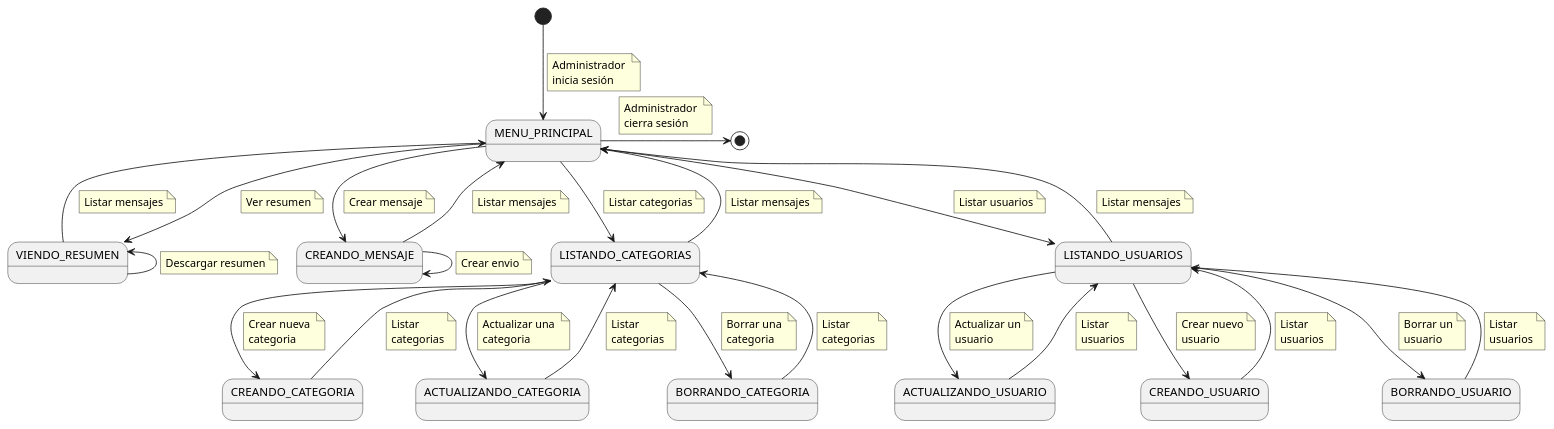
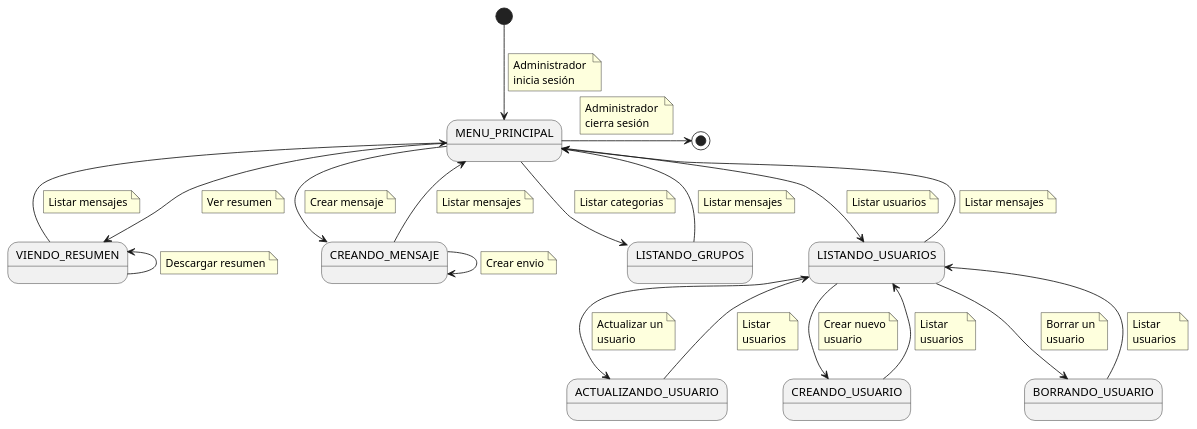
The diagram in docs/casosDeUso/diagramaDeContexto/DiagramaDeContextoAdministrador/diagramaContextoAdministrador.puml (mmasias/24-25-IdSw1-SDR), drawn with PlantUML before and after one commit.

Commit message:
Ajustar el diagrama de contexto del admin para limpiarlo

```diff
--- a/docs/casosDeUso/diagramaDeContexto/DiagramaDeContextoAdministrador/diagramaContextoAdministrador.puml
+++ b/docs/casosDeUso/diagramaDeContexto/DiagramaDeContextoAdministrador/diagramaContextoAdministrador.puml
@@ -1,147 +1,108 @@
 @startuml
 state "MENU_PRINCIPAL" as MenuPrincipal
 state "CREANDO_MENSAJE" as CreandoMensaje
 state "VIENDO_RESUMEN" as ViendoResumen
-state "LISTANDO_CATEGORIAS" as Categorias
-state "CREANDO_CATEGORIA" as CreandoCategoria
-state "ACTUALIZANDO_CATEGORIA" as ActualizandoCategoria
-state "BORRANDO_CATEGORIA" as BorrandoCategoria
+state "LISTANDO_GRUPOS" as Grupos
 state "LISTANDO_USUARIOS" as Usuarios
 state "ACTUALIZANDO_USUARIO" as ActualizandoUsuario
 state "CREANDO_USUARIO" as CreandoUsuario
 state "BORRANDO_USUARIO" as BorrandoUsuario
 
 [*] --> MenuPrincipal
     note on link
         Administrador 
         inicia sesión
     end note
 
 MenuPrincipal -> [*]
     note on link
         Administrador 
         cierra sesión
     end note
 
 MenuPrincipal --> CreandoMensaje
     note on link
         Crear mensaje
     end note
 
 CreandoMensaje --> CreandoMensaje 
     note on link
         Crear envio
     end note
 
 MenuPrincipal--> ViendoResumen
     note on link
         Ver resumen
     end note
 
 ViendoResumen -l-> MenuPrincipal
     note on link
         Listar mensajes
     end note
 
 ViendoResumen -l-> ViendoResumen 
     note on link
         Descargar resumen
     end note
 
 CreandoMensaje --> MenuPrincipal
     note on link
         Listar mensajes
     end note
 
-MenuPrincipal --> Categorias
+MenuPrincipal --> Grupos
     note on link
         Listar categorias
     end note
 
-Categorias --> CreandoCategoria
-    note on link
-        Crear nueva 
-        categoria
-    end note
-
-CreandoCategoria --> Categorias
-    note on link
-        Listar 
-        categorias
-    end note
-
-Categorias --> ActualizandoCategoria
-    note on link
-        Actualizar una 
-        categoria
-    end note
-
-ActualizandoCategoria --> Categorias
-    note on link
-        Listar 
-        categorias
-    end note
-
-Categorias --> BorrandoCategoria
-    note on link
-        Borrar una 
-        categoria
-    end note
-
-BorrandoCategoria --> Categorias
-    note on link
-        Listar 
-        categorias
-    end note
-
-Categorias --> MenuPrincipal
+Grupos --> MenuPrincipal
     note on link
         Listar mensajes
     end note
 
 MenuPrincipal --> Usuarios
     note on link
         Listar usuarios
     end note
 
 Usuarios --> CreandoUsuario
     note on link
         Crear nuevo
         usuario
     end note
 
 CreandoUsuario --> Usuarios
     note on link
         Listar
         usuarios
     end note
 
 Usuarios --> ActualizandoUsuario
     note on link
         Actualizar un
         usuario
     end note
 
 ActualizandoUsuario --> Usuarios
     note on link
         Listar
         usuarios
     end note
 
 Usuarios --> BorrandoUsuario
     note on link
         Borrar un
         usuario
     end note
 
 BorrandoUsuario --> Usuarios
     note on link
         Listar
         usuarios
     end note
 
 Usuarios --> MenuPrincipal
     note on link
         Listar mensajes
     end note
 @enduml
```
